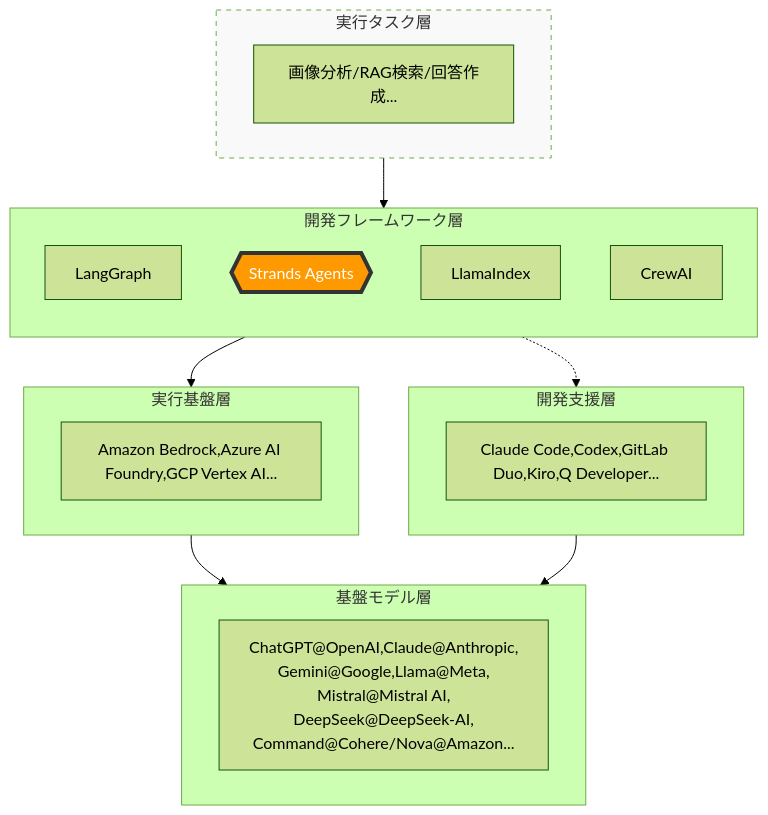
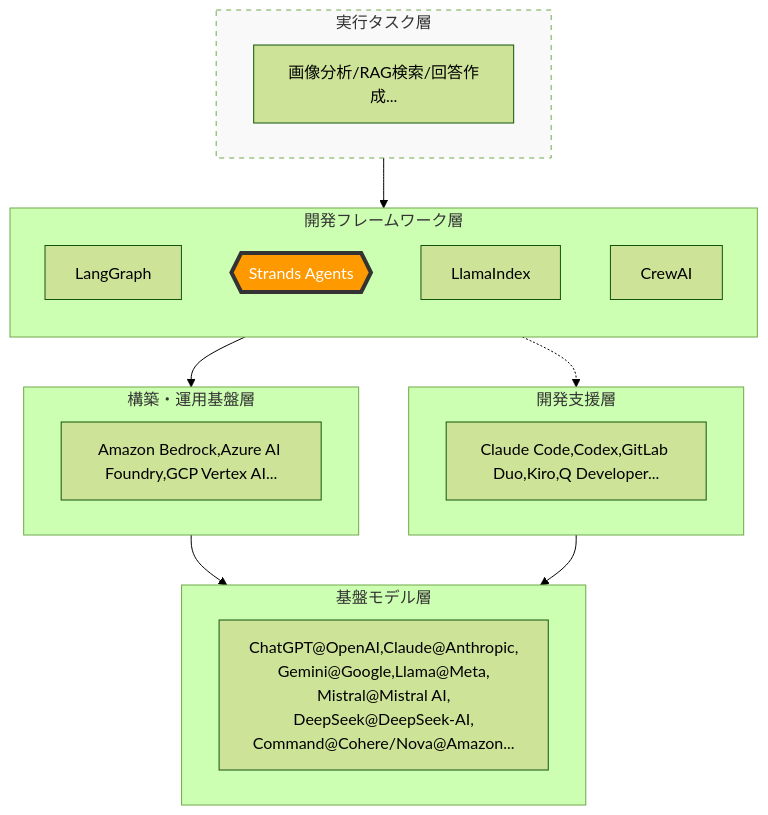
One commit to awk256/strandsagents changed the first of 4 diagrams in 010.基本構成/010-000-000.Strandsエージェントとは.md. Above: the diagram before and after it, drawn with Mermaid (forest theme). The commit also changed other lines of this file and 1 other file, not shown here.

````diff
--- a/010.基本構成/010-000-000.Strandsエージェントとは.md
+++ b/010.基本構成/010-000-000.Strandsエージェントとは.md
@@ -52,42 +50,42 @@
 ```mermaid
 graph TD
     %% 最上位：タスクとユーザー
     subgraph Execution_Layer [実行タスク層]
         Task1[画像分析/RAG検索/回答作成...]
     end
 
     %% 第二層：フレームワーク（オーケストレーション）
     subgraph Framework_Layer [開発フレームワーク層]
         direction TB
         LangGraph[LangGraph]
         Strands{{Strands Agents}}
         LlamaIndex[LlamaIndex]
         CrewAI[CrewAI]
     end
 
     %% 第三層：開発支援・IDE・AIコーディング
     subgraph Dev_Tools [開発支援層]
         devTools[Claude Code,Codex,GitLab Duo,Kiro,Q Developer...]
     end
 
     %% 第四層：プラットフォーム・SDK
-    subgraph Platform_Layer [実行基盤層]
+    subgraph Platform_Layer [構築・運用基盤層]
         platformLayer[Amazon Bedrock,Azure AI Foundry,GCP Vertex AI...]
     end
 
     %% 第五層：基盤モデル（脳）
     subgraph Model_Layer [基盤モデル層]
 		modelLayer[ ChatGPT@OpenAI,Claude@Anthropic,<br/>Gemini@Google,Llama@Meta,<br/>Mistral@Mistral AI,<br/>DeepSeek@DeepSeek-AI,<br/>Command@Cohere/Nova@Amazon...]
     end
 
     %% 関連付け
     Execution_Layer --> Strands
     Strands -.-> Dev_Tools
     Strands --> Platform_Layer
     Platform_Layer --> Model_Layer
     Dev_Tools --> Model_Layer
 
     %% 強調スタイル
     style Strands fill:#FF9900,stroke:#333,stroke-width:4px,color:#fff
     style Execution_Layer fill:#f9f9f9,stroke-dasharray: 5 5
 ```
````
